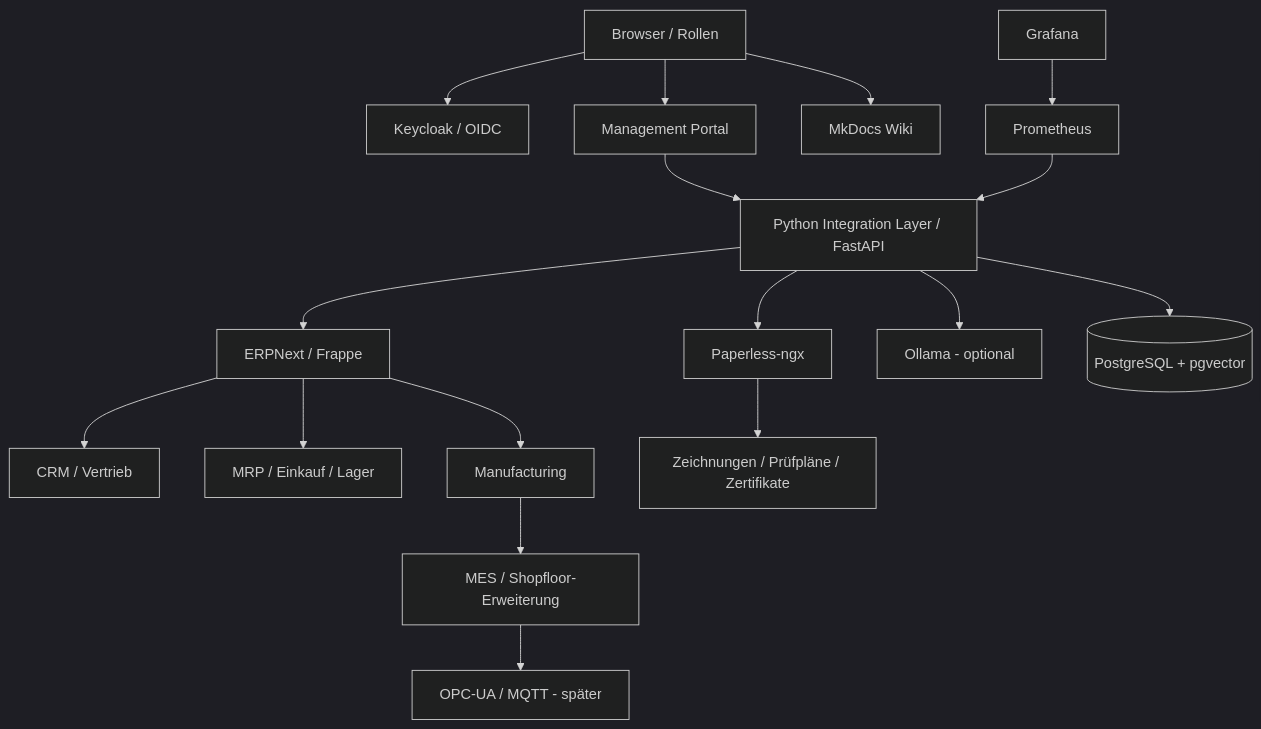
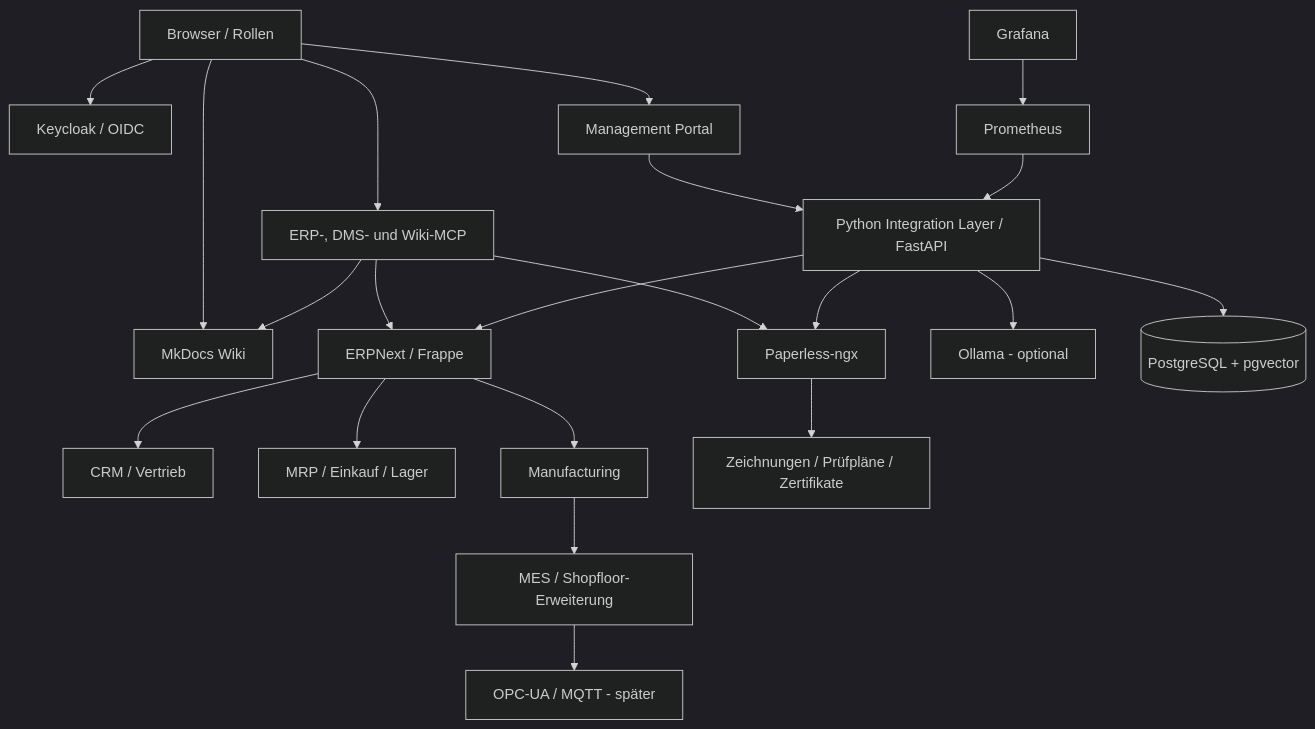
The first of 2 diagrams in docs/architecture/overview.md (BasKjell/ERP_Eigenbau), drawn with Mermaid (dark theme) before and after one commit. The commit also changed 32 other files, not shown here.

Commit message:
feat: add ERP DMS and wiki MCP integrations

````diff
--- a/docs/architecture/overview.md
+++ b/docs/architecture/overview.md
@@ -5,22 +5,26 @@
 ```mermaid
 flowchart TB
   USER[Browser / Rollen] --> IAM[Keycloak / OIDC]
   USER --> PORTAL[Management Portal]
   USER --> WIKI[MkDocs Wiki]
 
   PORTAL --> API[Python Integration Layer / FastAPI]
+  USER --> MCP[ERP-, DMS- und Wiki-MCP]
+  MCP --> ERP
+  MCP --> DMS
+  MCP --> WIKI
   API --> ERP[ERPNext / Frappe]
   API --> DMS[Paperless-ngx]
   API --> AI[Ollama - optional]
   API --> VDB[(PostgreSQL + pgvector)]
 
   ERP --> CRM[CRM / Vertrieb]
   ERP --> MRP[MRP / Einkauf / Lager]
   ERP --> MAN[Manufacturing]
   MAN --> MES[MES / Shopfloor-Erweiterung]
   DMS --> DOCS[Zeichnungen / Prüfpläne / Zertifikate]
   MES --> MACHINE[OPC-UA / MQTT - später]
 
   PROM[Prometheus] --> API
   GRAF[Grafana] --> PROM
 ```
````
